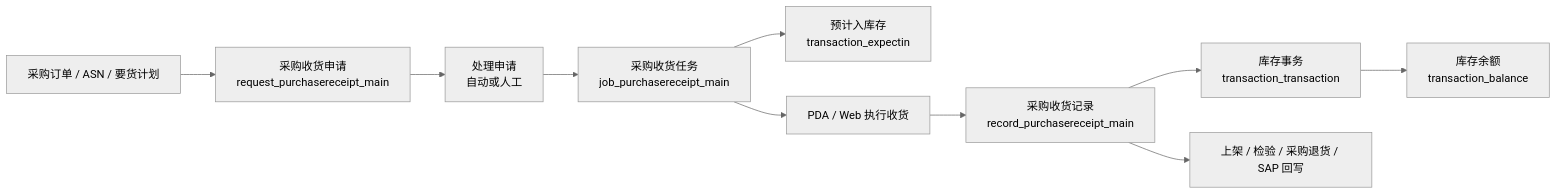
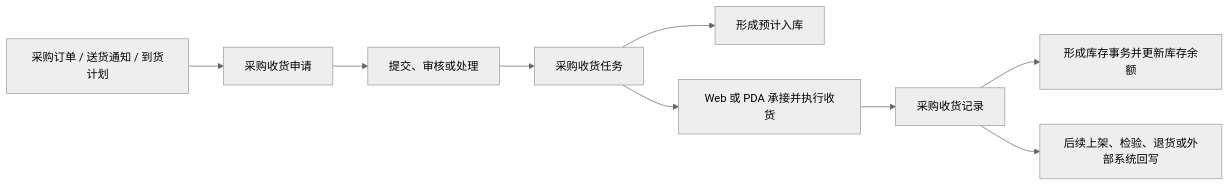
One commit to jiargcn/MomProductDocument changed the first of 2 diagrams in docs/05-WMS-库房管理/03-采购收货/index.md. Above: the diagram before and after it, drawn with Mermaid (neutral theme). The commit also changed other lines of this file and 3 other files, not shown here.

````diff
--- a/docs/05-WMS-库房管理/03-采购收货/index.md
+++ b/docs/05-WMS-库房管理/03-采购收货/index.md
@@ -243,12 +28,11 @@
 ```mermaid
 flowchart LR
-    A["采购订单 / ASN / 要货计划"] --> B["采购收货申请<br/>request_purchasereceipt_main"]
-    B --> C["处理申请<br/>自动或人工"]
-    C --> D["采购收货任务<br/>job_purchasereceipt_main"]
-    D --> E["预计入库存<br/>transaction_expectin"]
-    D --> F["PDA / Web 执行收货"]
-    F --> G["采购收货记录<br/>record_purchasereceipt_main"]
-    G --> H["库存事务<br/>transaction_transaction"]
-    H --> I["库存余额<br/>transaction_balance"]
-    G --> J["上架 / 检验 / 采购退货 / SAP 回写"]
+    A["采购订单 / 送货通知 / 到货计划"] --> B["采购收货申请"]
+    B --> C["提交、审核或处理"]
+    C --> D["采购收货任务"]
+    D --> E["形成预计入库"]
+    D --> F["Web 或 PDA 承接并执行收货"]
+    F --> G["采购收货记录"]
+    G --> H["形成库存事务并更新库存余额"]
+    G --> I["后续上架、检验、退货或外部系统回写"]
 ```
````
